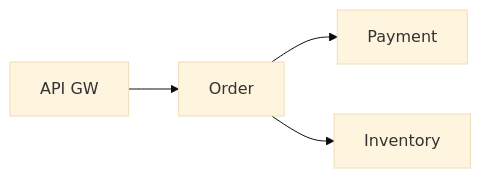
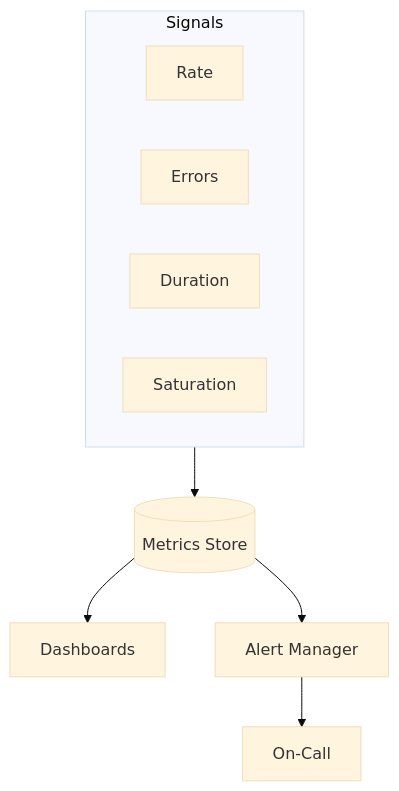
The sixth of 17 diagrams in 09-observability/README.md (hareramcse/SystemDesign), drawn with Mermaid (base theme) before and after one commit. The commit also changed other lines of this file and 15 other files, not shown here.

````diff
--- a/09-observability/README.md
+++ b/09-observability/README.md
@@ -92,6 +264,13 @@
 ```mermaid
-flowchart LR
-    A[API GW] --> B[Order]
-    B --> C[Payment]
-    B --> D[Inventory]
+flowchart TB
+    subgraph Signals
+        R[Rate]
+        E[Errors]
+        D[Duration]
+        S[Saturation]
+    end
+    Signals --> DB[(Metrics Store)]
+    DB --> Dash[Dashboards]
+    DB --> Alert[Alert Manager]
+    Alert --> OC[On-Call]
 ```
````
